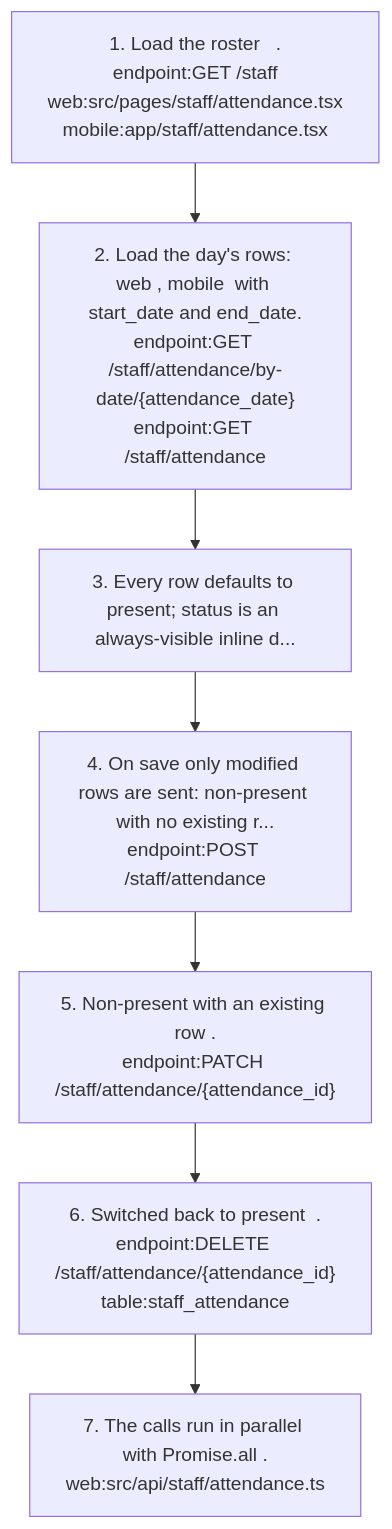
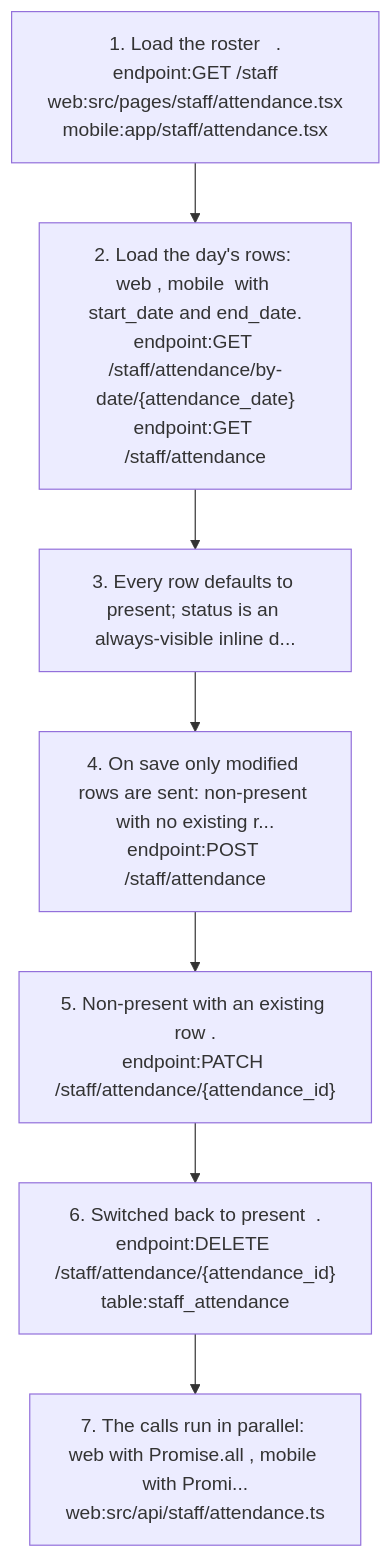
Before and after one commit to nerellasraj21/cos360_full_app: the fifth of 6 diagrams in docs/graph/views/staff.md, drawn with Mermaid. The commit also changed other lines of this file and 44 other files, not shown here.

First line of the commit message:
Re-verify project docs and knowledge graph against current code

````diff
--- a/docs/graph/views/staff.md
+++ b/docs/graph/views/staff.md
@@ -236,16 +236,16 @@
 ```mermaid
 flowchart TD
   s1["1. Load the roster   .<br/>endpoint:GET /staff<br/>web:src/pages/staff/attendance.tsx<br/>mobile:app/staff/attendance.tsx"]
   s2["2. Load the day's rows: web , mobile  with start_date and end_date.<br/>endpoint:GET /staff/attendance/by-date/{attendance_date}<br/>endpoint:GET /staff/attendance"]
   s1 --> s2
   s3["3. Every row defaults to present; status is an always-visible inline d..."]
   s2 --> s3
   s4["4. On save only modified rows are sent: non-present with no existing r...<br/>endpoint:POST /staff/attendance"]
   s3 --> s4
   s5["5. Non-present with an existing row .<br/>endpoint:PATCH /staff/attendance/{attendance_id}"]
   s4 --> s5
   s6["6. Switched back to present  .<br/>endpoint:DELETE /staff/attendance/{attendance_id}<br/>table:staff_attendance"]
   s5 --> s6
-  s7["7. The calls run in parallel with Promise.all .<br/>web:src/api/staff/attendance.ts"]
+  s7["7. The calls run in parallel: web with Promise.all , mobile with Promi...<br/>web:src/api/staff/attendance.ts"]
   s6 --> s7
 ```
````
